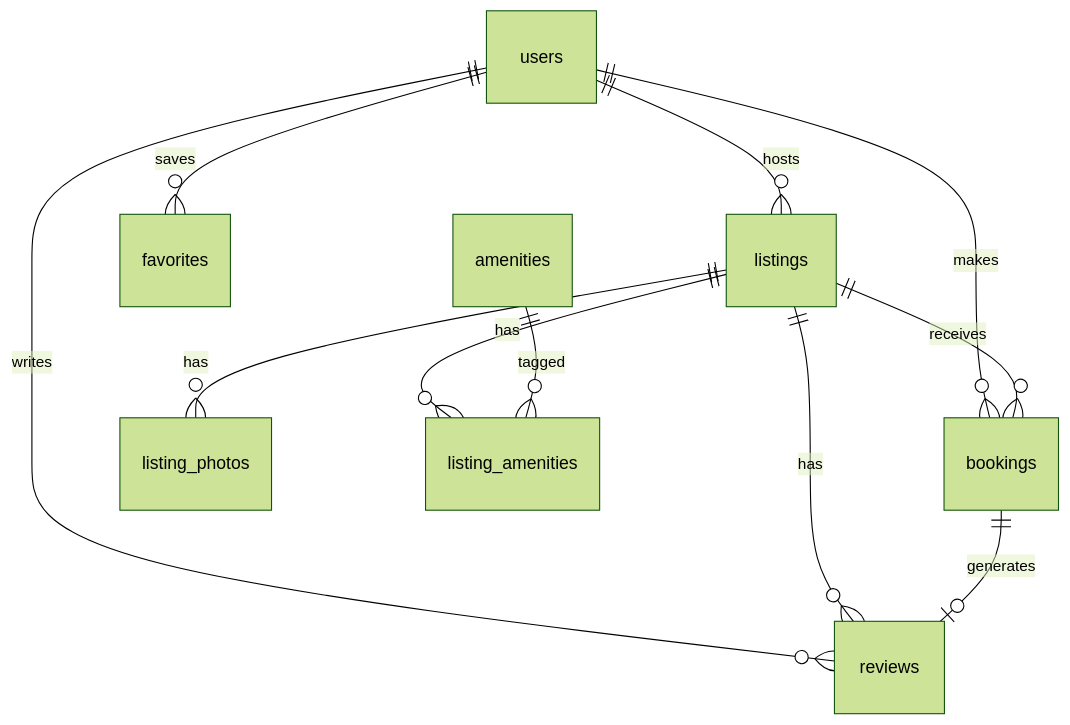
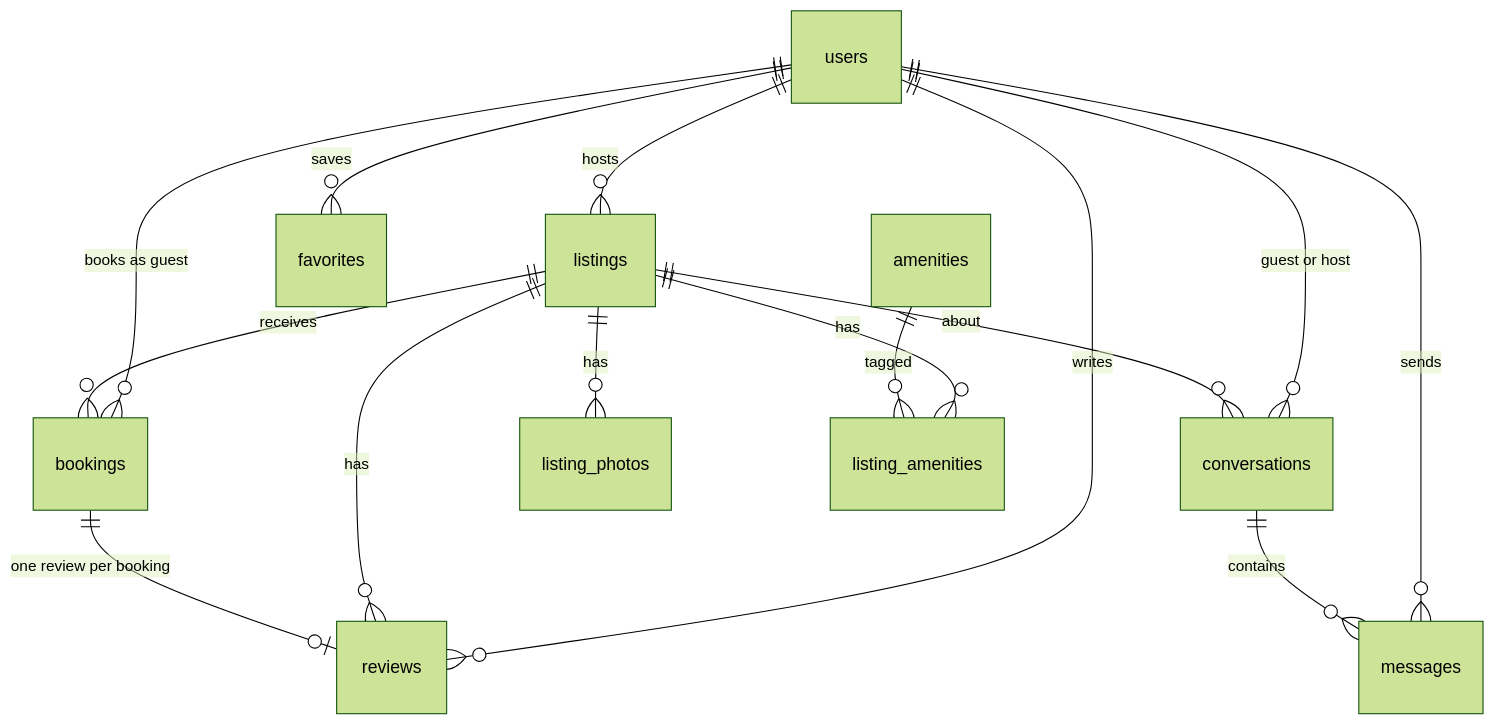
The second of 2 diagrams in README.md (orwin1002/airbnb-clone), drawn with Mermaid (forest theme) before and after one commit. The commit also changed other lines of this file, not shown here.

Commit message:
Update README with full setup, architecture, schema, and API docs.

````diff
--- a/README.md
+++ b/README.md
@@ -76,13 +174,17 @@
 ```mermaid
 erDiagram
     users ||--o{ listings : hosts
-    users ||--o{ bookings : makes
+    users ||--o{ bookings : "books as guest"
     users ||--o{ reviews : writes
     users ||--o{ favorites : saves
+    users ||--o{ messages : sends
+    users ||--o{ conversations : "guest or host"
     listings ||--o{ listing_photos : has
     listings ||--o{ listing_amenities : has
     amenities ||--o{ listing_amenities : tagged
     listings ||--o{ bookings : receives
     listings ||--o{ reviews : has
-    bookings ||--o| reviews : generates
+    listings ||--o{ conversations : about
+    bookings ||--o| reviews : "one review per booking"
+    conversations ||--o{ messages : contains
 ```
````
